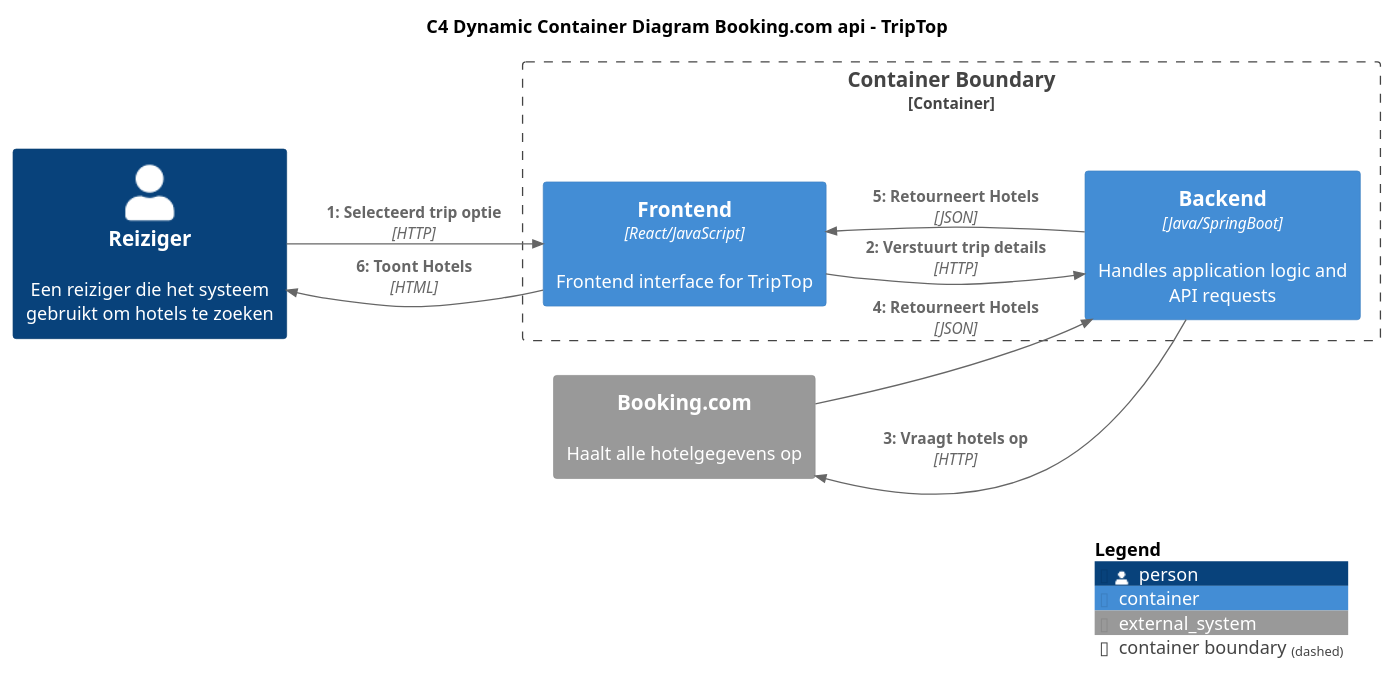
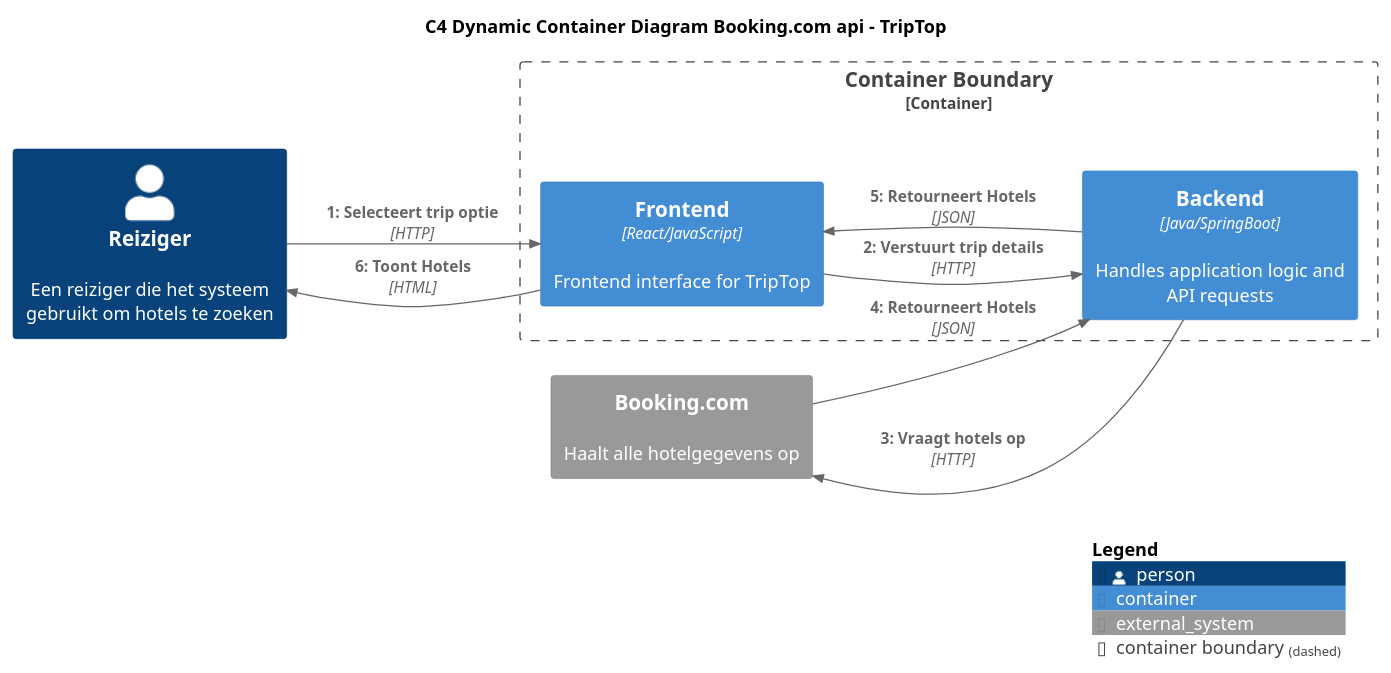
Before and after one commit to AIM-ENE-feb25/triptop-groep-b4: the diagram in C4_diagrammen/DynamicContainerDiagramBooking.puml, drawn with PlantUML. The commit also changed 5 other files, not shown here.

```diff
--- a/C4_diagrammen/DynamicContainerDiagramBooking.puml
+++ b/C4_diagrammen/DynamicContainerDiagramBooking.puml
@@ -1,25 +1,25 @@
 @startuml
 !include https://raw.githubusercontent.com/plantuml-stdlib/C4-PlantUML/master/C4_Container.puml
 
 title C4 Dynamic Container Diagram Booking.com api - TripTop
 left to right direction
 
 Person(Reiziger, "Reiziger", "Een reiziger die het systeem gebruikt om hotels te zoeken",)
 
 Container_Boundary(ContainerBoundary, "Container Boundary") {
     Container(Frontend, "Frontend", "React/JavaScript", "Frontend interface for TripTop")
     Container(Backend, "Backend", "Java/SpringBoot", "Handles application logic and API requests")
 }
 
 System_Ext(BookingCom, "Booking.com", "Haalt alle hotelgegevens op")
 
-Rel(Reiziger, Frontend, "1: Selecteerd trip optie", $techn="HTTP", $tags="", $link="")
+Rel(Reiziger, Frontend, "1: Selecteert trip optie", $techn="HTTP", $tags="", $link="")
 Rel(Frontend, Backend, "2: Verstuurt trip details", $techn="HTTP", $tags="", $link="")
 Rel(Backend, BookingCom,"3: Vraagt hotels op", $techn="HTTP", $tags="", $link="")
 Rel(BookingCom, Backend, "4: Retourneert Hotels", $techn="JSON", $tags="", $link="")
 Rel(Backend, Frontend, "5: Retourneert Hotels", $techn="JSON", $tags="", $link="")
 Rel(Frontend, Reiziger, "6: Toont Hotels", $techn="HTML", $tags="", $link="")
 
 
 SHOW_LEGEND(true)
 @enduml
```
